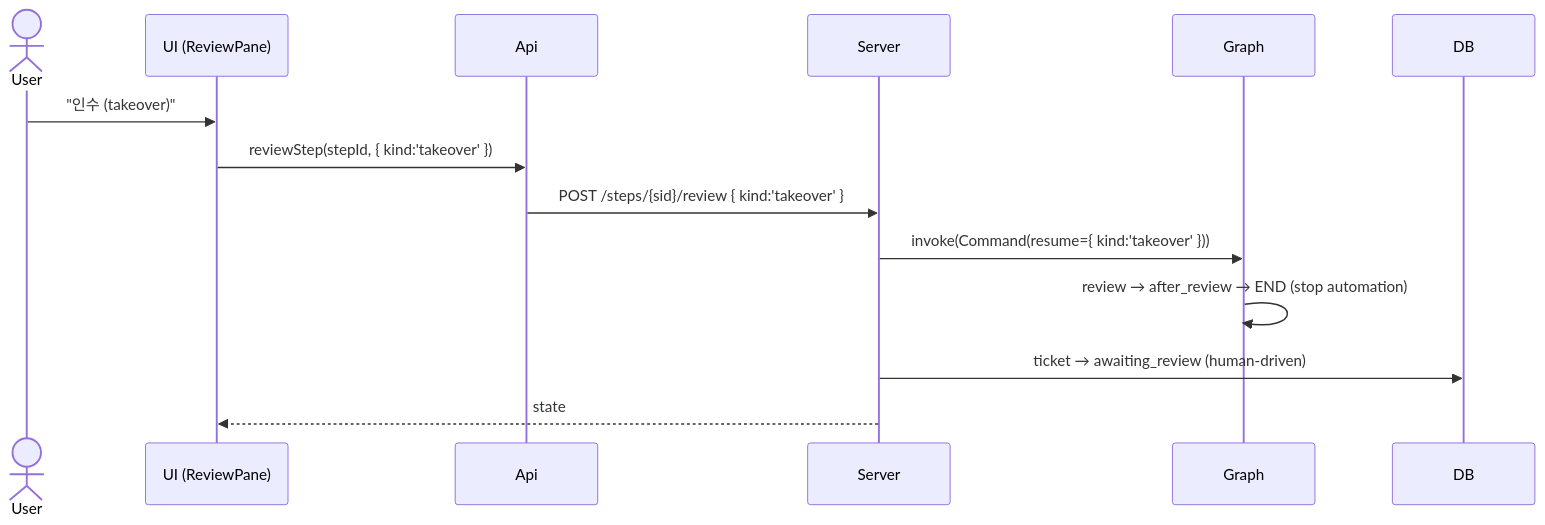
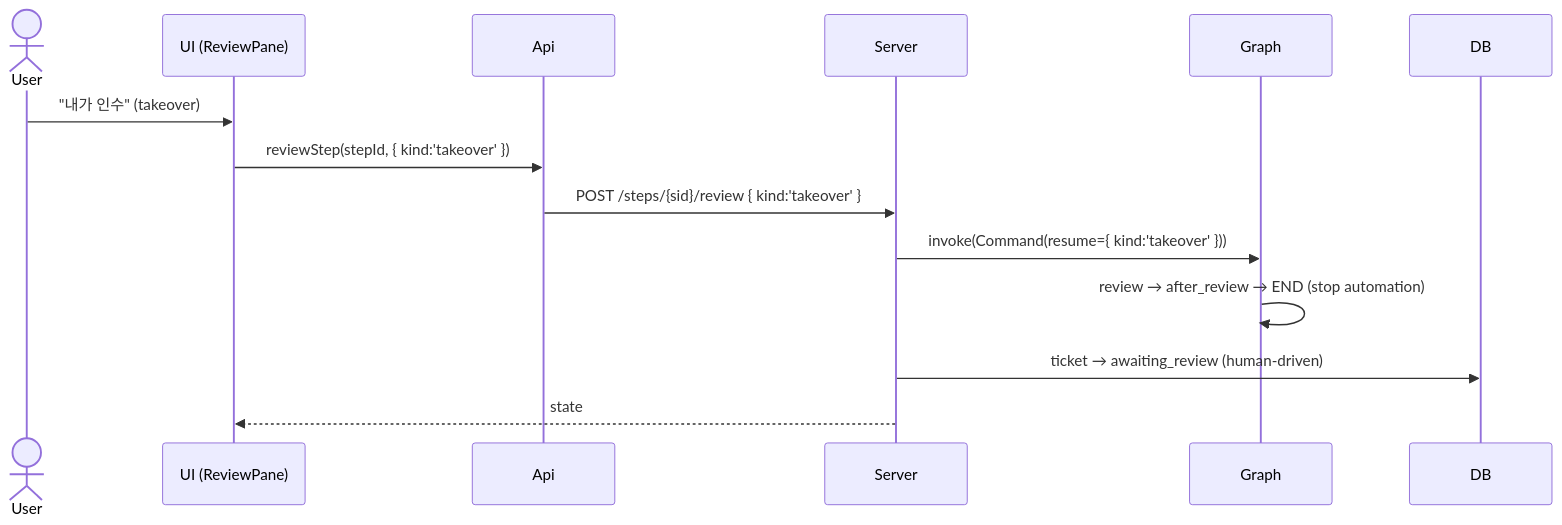
One commit to parklaus1078/agent-system-v3 changed diagram 14 of 21 in docs/user-flows-sequence-diagrams.md. Above: the diagram before and after it, drawn with Mermaid. The commit also changed other lines of this file and 18 other files, not shown here.

````diff
--- a/docs/user-flows-sequence-diagrams.md
+++ b/docs/user-flows-sequence-diagrams.md
@@ -389,16 +391,16 @@
 ```mermaid
 sequenceDiagram
     actor User
     participant Pane as UI (ReviewPane)
     participant Api
     participant Server
     participant Graph
     participant DB
-    User->>Pane: "인수 (takeover)"
+    User->>Pane: "내가 인수" (takeover)
     Pane->>Api: reviewStep(stepId, { kind:'takeover' })
     Api->>Server: POST /steps/{sid}/review { kind:'takeover' }
     Server->>Graph: invoke(Command(resume={ kind:'takeover' }))
     Graph->>Graph: review → after_review → END (stop automation)
     Server->>DB: ticket → awaiting_review (human-driven)
     Server-->>Pane: state
 ```
````
